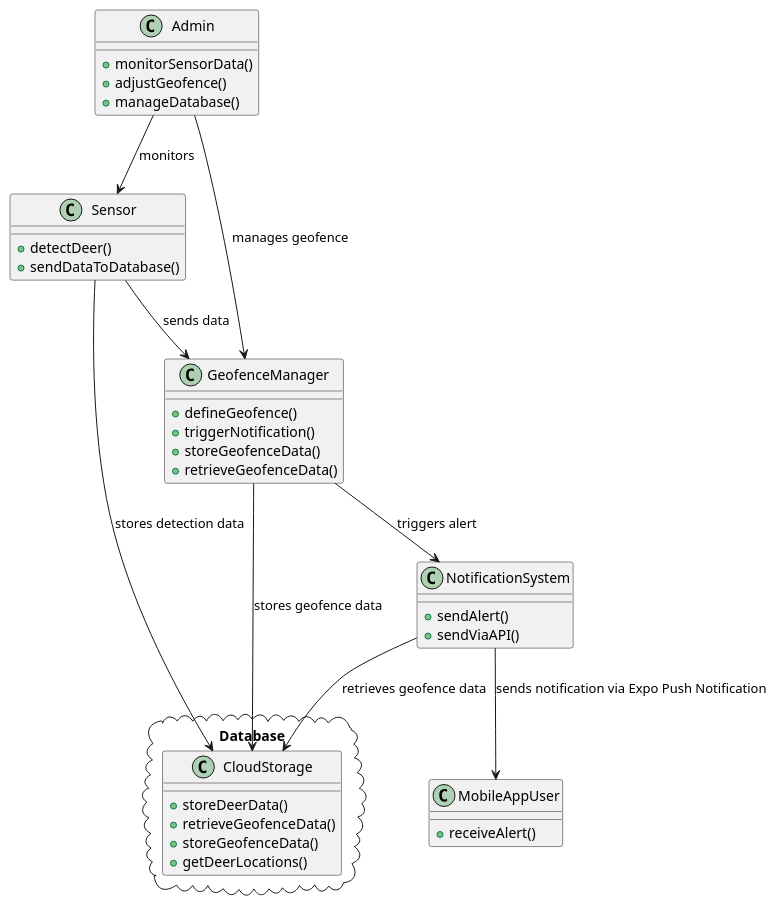
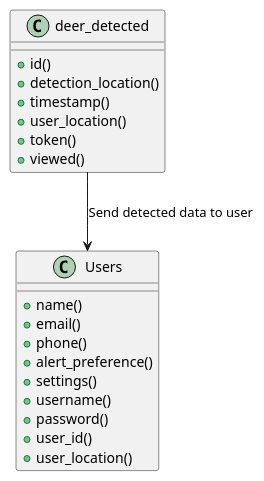
The diagram in docs/diagrams/class.puml (kxs1119/Detection-System), drawn with PlantUML before and after one commit. The commit also changed 4 other files, not shown here.

Commit message:
updated plantuml

```diff
--- a/docs/diagrams/class.puml
+++ b/docs/diagrams/class.puml
@@ -1,48 +1,26 @@
 @startuml
 
-cloud "Database" {
-    class CloudStorage {
-        +storeDeerData()
-        +retrieveGeofenceData()
-        +storeGeofenceData()
-        +getDeerLocations()
-    }
+class deer_detected {
+   +id()
+   +detection_location()
+   +timestamp()
+   +user_location()
+   +token()
+   +viewed()
 }
 
-class Sensor {
-    +detectDeer()
-    +sendDataToDatabase()
+class Users {
+    +name()
+    +email()
+    +phone()
+    +alert_preference()
+    +settings()
+    +username()
+    +password()
+    +user_id()
+    +user_location()
 }
 
-class GeofenceManager {
-    +defineGeofence()
-    +triggerNotification()
-    +storeGeofenceData()
-    +retrieveGeofenceData()
-}
-
-class NotificationSystem {
-    +sendAlert()
-    +sendViaAPI()
-}
-
-class MobileAppUser {
-    +receiveAlert()
-}
-
-class Admin {
-    +monitorSensorData()
-    +adjustGeofence()
-    +manageDatabase()
-}
-
-Sensor --> GeofenceManager : sends data
-Sensor --> CloudStorage : stores detection data
-GeofenceManager --> NotificationSystem : triggers alert
-NotificationSystem --> MobileAppUser : sends notification via Expo Push Notification
-Admin --> GeofenceManager : manages geofence
-Admin --> Sensor : monitors
-GeofenceManager --> CloudStorage : stores geofence data
-NotificationSystem --> CloudStorage : retrieves geofence data
+deer_detected --> Users: Send detected data to user
 
 @enduml
```
